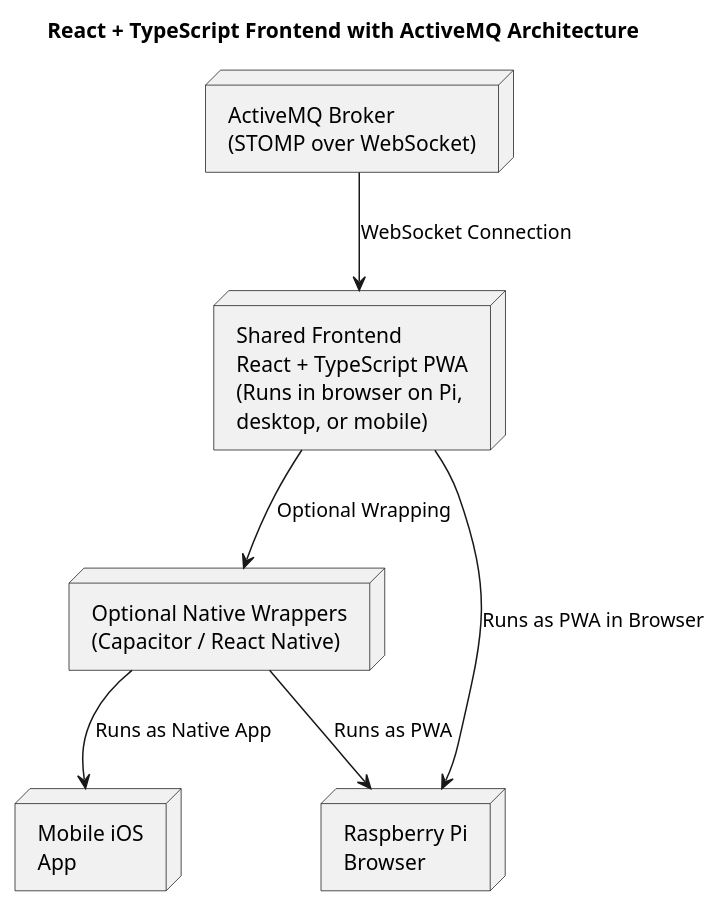
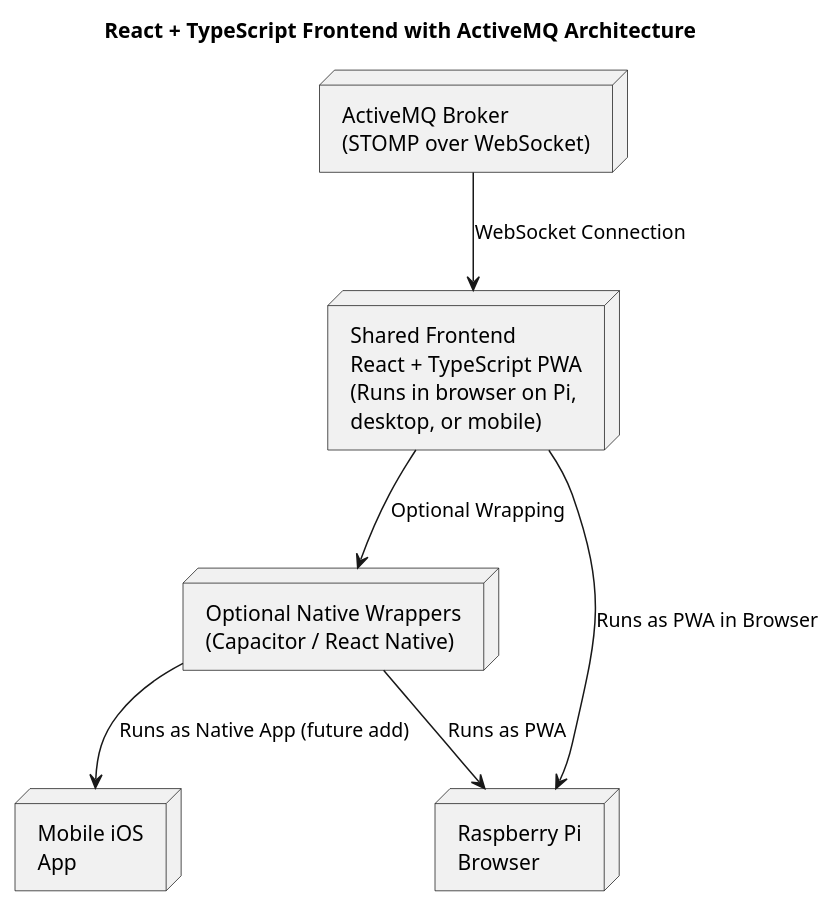
The diagram in docs/diagrams/architecture.puml (jeshernandez/pitrac-client), drawn with PlantUML before and after one commit. The commit also changed 21 other files, not shown here.

```diff
--- a/docs/diagrams/architecture.puml
+++ b/docs/diagrams/architecture.puml
@@ -1,28 +1,28 @@
 @startuml
 title React + TypeScript Frontend with ActiveMQ Architecture
 
 node "ActiveMQ Broker\n(STOMP over WebSocket)" as broker {
 }
 
 node "Shared Frontend\nReact + TypeScript PWA\n(Runs in browser on Pi,\ndesktop, or mobile)" as frontend {
 }
 
 node "Optional Native Wrappers\n(Capacitor / React Native)" as wrappers {
 }
 
 node "Raspberry Pi\nBrowser" as pi_browser {
 }
 
 node "Mobile iOS\nApp" as ios_app {
 }
 
 broker --> frontend : WebSocket Connection
 
 frontend --> wrappers : Optional Wrapping
 
 wrappers --> pi_browser : Runs as PWA
-wrappers --> ios_app : Runs as Native App
+wrappers --> ios_app : Runs as Native App (future add)
 
 frontend --> pi_browser : Runs as PWA in Browser
 
 @enduml
```
